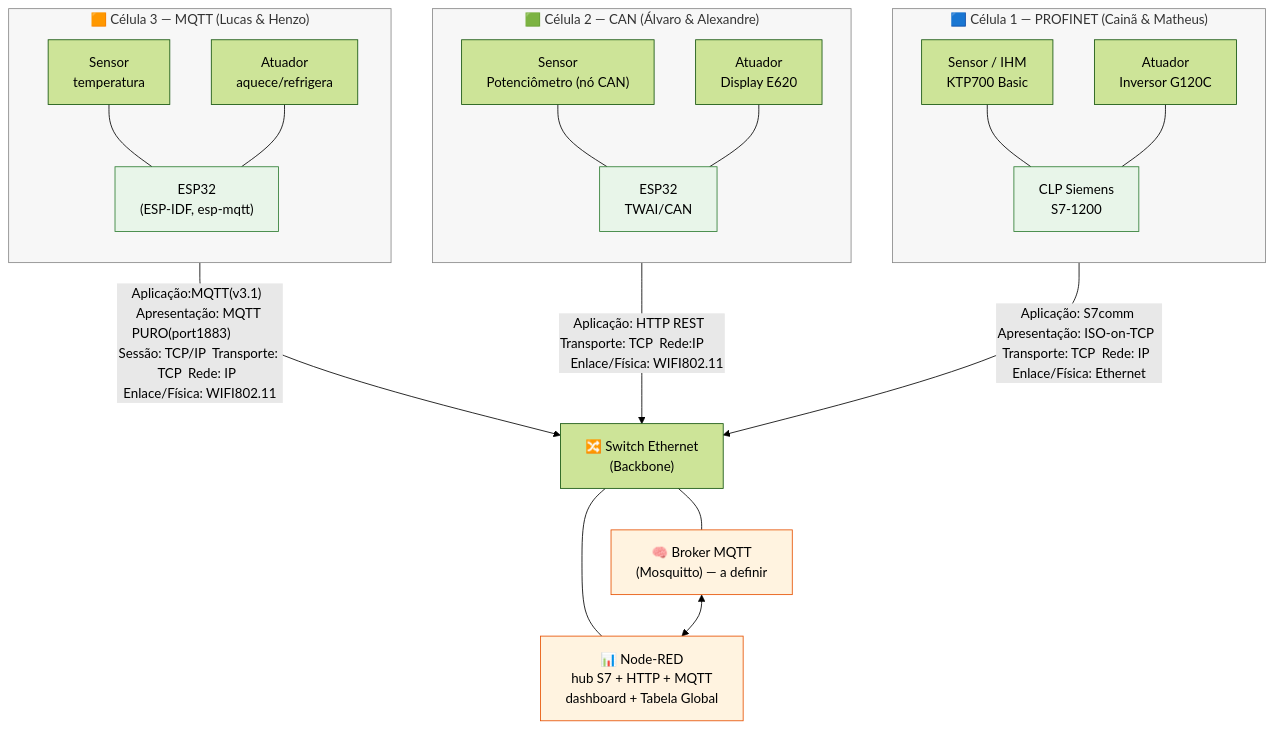
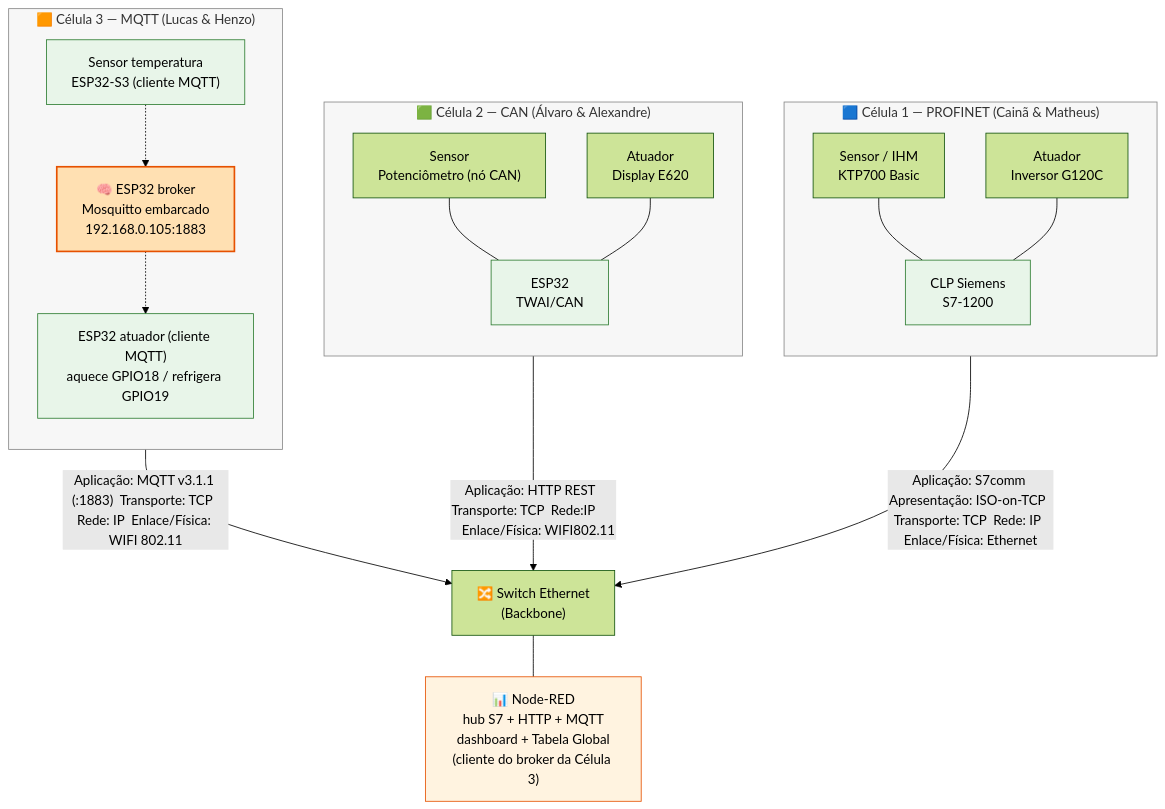
Before and after one commit to Scheeffer/Project_Nexus: the diagram in README.md, drawn with Mermaid (forest theme). The commit also changed other lines of this file and 1 other file, not shown here.

````diff
--- a/README.md
+++ b/README.md
@@ -69,38 +69,37 @@
 ```mermaid
 flowchart TB
     subgraph CELULA1["🟦 Célula 1 — PROFINET (Cainã & Matheus)"]
         direction TB
         S1["Sensor / IHM<br/>KTP700 Basic"] --- PLC["CLP Siemens<br/>S7-1200"]
         A1["Atuador<br/>Inversor G120C"] --- PLC
     end
 
     subgraph CELULA2["🟩 Célula 2 — CAN (Álvaro & Alexandre)"]
         direction TB
         S2["Sensor<br/>Potenciômetro (nó CAN)"] --- ESP2["ESP32<br/>TWAI/CAN"]
         A2["Atuador<br/>Display E620"] --- ESP2
     end
 
     subgraph CELULA3["🟧 Célula 3 — MQTT (Lucas & Henzo)"]
         direction TB
-        S3["Sensor<br/>temperatura"] --- ESP3["ESP32<br/>(ESP-IDF, esp-mqtt)"]
-        A3["Atuador<br/>aquece/refrigera"] --- ESP3
+        S3["Sensor temperatura<br/>ESP32-S3 (cliente MQTT)"] -.-> BR3["🧠 ESP32 broker<br/>Mosquitto embarcado<br/>192.168.0.105:1883"]
+        BR3 -.-> ESP3["ESP32 atuador (cliente MQTT)<br/>aquece GPIO18 / refrigera GPIO19"]
     end
 
     SW["🔀 Switch Ethernet<br/>(Backbone)"]
-    NR["📊 Node-RED<br/>hub S7 + HTTP + MQTT<br/>dashboard + Tabela Global"]
-    BROKER["🧠 Broker MQTT<br/>(Mosquitto) — a definir"]
+    NR["📊 Node-RED<br/>hub S7 + HTTP + MQTT<br/>dashboard + Tabela Global<br/>(cliente do broker da Célula 3)"]
 
     PLC -- "Aplicação: S7comm Apresentação: ISO-on-TCP  Transporte: TCP  Rede: IP  Enlace/Física: Ethernet" --> SW
     ESP2 -- "Aplicação: HTTP REST  Transporte: TCP  Rede:IP         Enlace/Física: WIFI802.11" --> SW
-    ESP3 -- "Aplicação:MQTT(v3.1)  Apresentação: MQTT PURO(port1883)           Sessão: TCP/IP  Transporte: TCP  Rede: IP  Enlace/Física: WIFI802.11" --> SW
+    BR3 -- "Aplicação: MQTT v3.1.1 (:1883)  Transporte: TCP  Rede: IP  Enlace/Física: WIFI 802.11" --> SW
     SW --- NR
-    SW --- BROKER
-    BROKER <--> NR
 
     classDef cell fill:#f7f7f7,stroke:#888,stroke-width:1px;
     classDef local fill:#e8f5e9,stroke:#2e7d32,stroke-width:1px;
     classDef central fill:#fff3e0,stroke:#e65100,stroke-width:1px;
+    classDef broker fill:#ffe0b2,stroke:#e65100,stroke-width:2px;
     class CELULA1,CELULA2,CELULA3 cell;
-    class PLC,ESP2,ESP3 local;
-    class NR,BROKER central;
+    class PLC,ESP2,ESP3,S3 local;
+    class NR central;
+    class BR3 broker;
 ```
````
